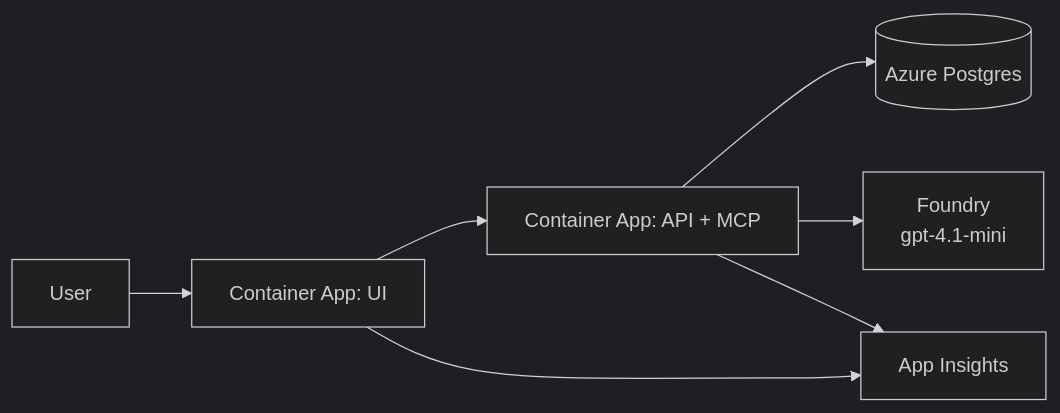
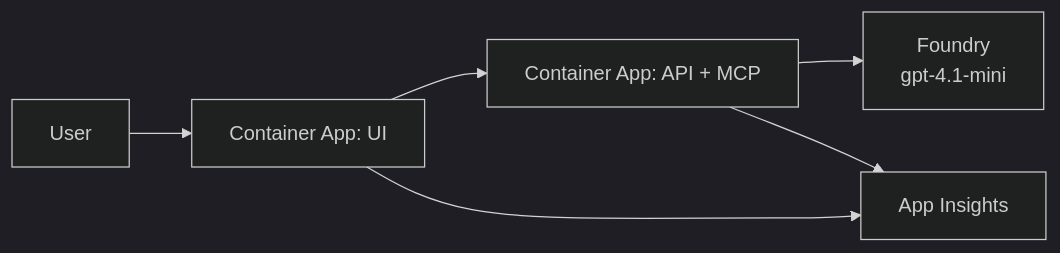
One commit to ewyuen/lineup-oracle changed the third of 3 diagrams in ARCHITECTURE.md. Above: the diagram before and after it, drawn with Mermaid (dark theme). The commit also changed other lines of this file and 2 other files, not shown here.

Commit message:
Cut Postgres from the design

````diff
--- a/ARCHITECTURE.md
+++ b/ARCHITECTURE.md
@@ -43,8 +42,7 @@
 ```mermaid
 flowchart LR
     U[User] --> UIc["Container App: UI"]
     UIc --> APIc["Container App: API + MCP"]
-    APIc --> PG[("Azure Postgres")]
     APIc --> F["Foundry<br/>gpt-4.1-mini"]
     UIc & APIc --> AI[App Insights]
 ```
````
